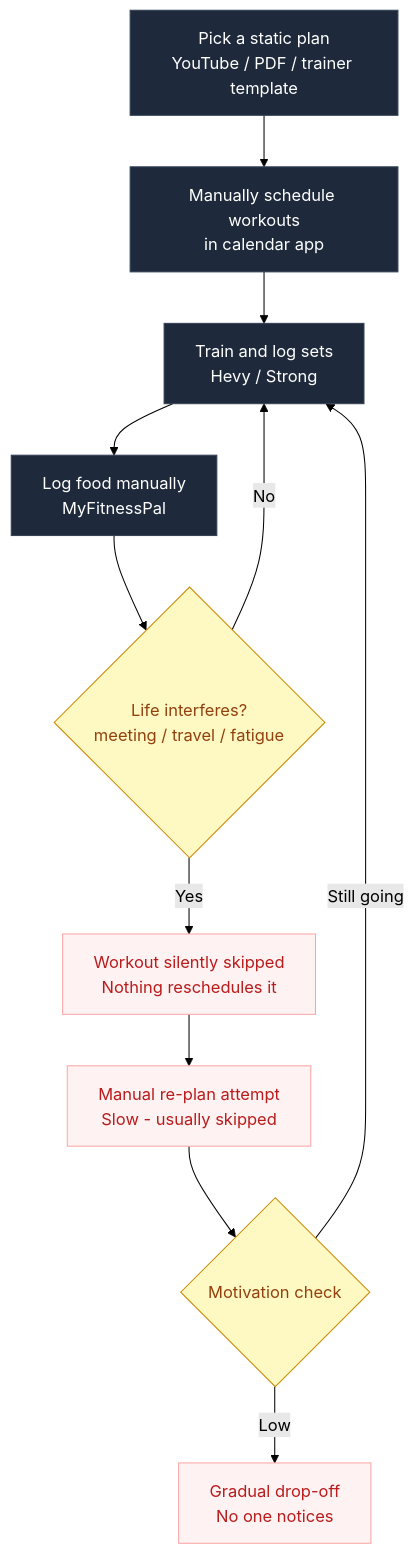
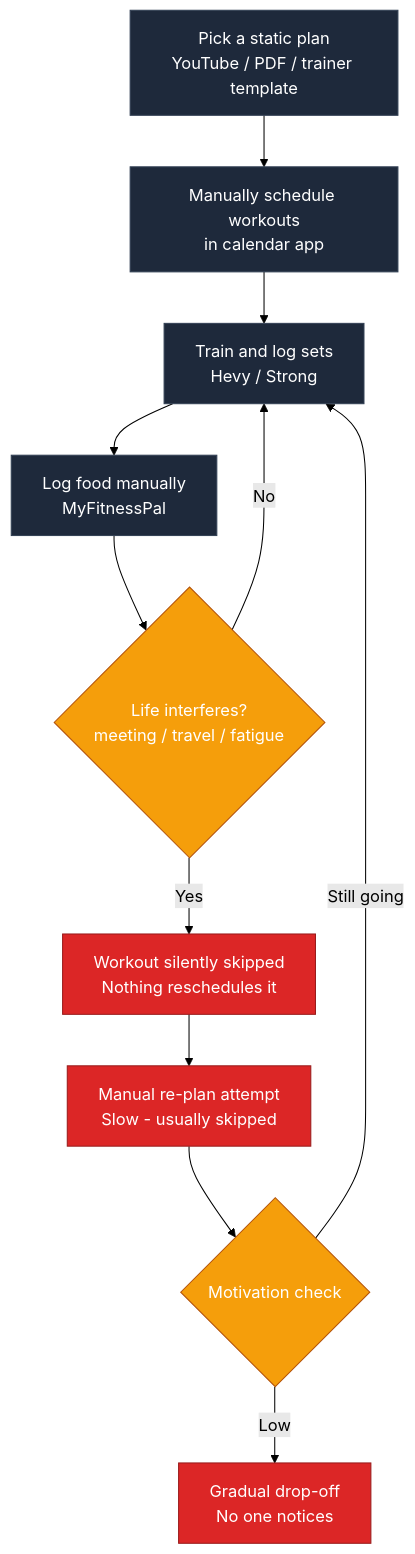
Before and after one commit to saurabhIU/SteadyFit: the first of 3 diagrams in PLAN.md, drawn with Mermaid (forest theme).

Commit message:
docs: increase mermaid pain-point node saturation for visibility

````diff
--- a/PLAN.md
+++ b/PLAN.md
@@ -39,33 +39,33 @@
 ```mermaid
 flowchart TD
     A[Pick a static plan<br/>YouTube / PDF / trainer template]
     B[Manually schedule workouts<br/>in calendar app]
     C[Train and log sets<br/>Hevy / Strong]
     D[Log food manually<br/>MyFitnessPal]
     E{Life interferes?<br/>meeting / travel / fatigue}
     F[Workout silently skipped<br/>Nothing reschedules it]
     G[Manual re-plan attempt<br/>Slow - usually skipped]
     H{Motivation check}
     I[Gradual drop-off<br/>No one notices]
 
     A --> B
     B --> C
     C --> D
     D --> E
     E -->|No| C
     E -->|Yes| F
     F --> G
     G --> H
     H -->|Still going| C
     H -->|Low| I
 
     style A fill:#1e293b,stroke:#334155,color:#fff
     style B fill:#1e293b,stroke:#334155,color:#fff
     style C fill:#1e293b,stroke:#334155,color:#fff
     style D fill:#1e293b,stroke:#334155,color:#fff
-    style E fill:#fef9c3,stroke:#ca8a04,color:#92400e
-    style H fill:#fef9c3,stroke:#ca8a04,color:#92400e
-    style F fill:#fef2f2,stroke:#fca5a5,color:#b91c1c
-    style G fill:#fef2f2,stroke:#fca5a5,color:#b91c1c
-    style I fill:#fef2f2,stroke:#fca5a5,color:#b91c1c
+    style E fill:#f59e0b,stroke:#b45309,color:#fff
+    style H fill:#f59e0b,stroke:#b45309,color:#fff
+    style F fill:#dc2626,stroke:#991b1b,color:#fff
+    style G fill:#dc2626,stroke:#991b1b,color:#fff
+    style I fill:#dc2626,stroke:#991b1b,color:#fff
 ```
````
